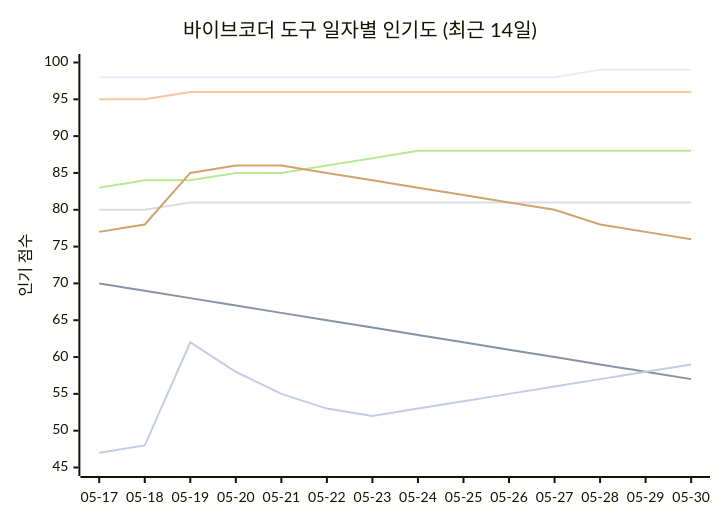
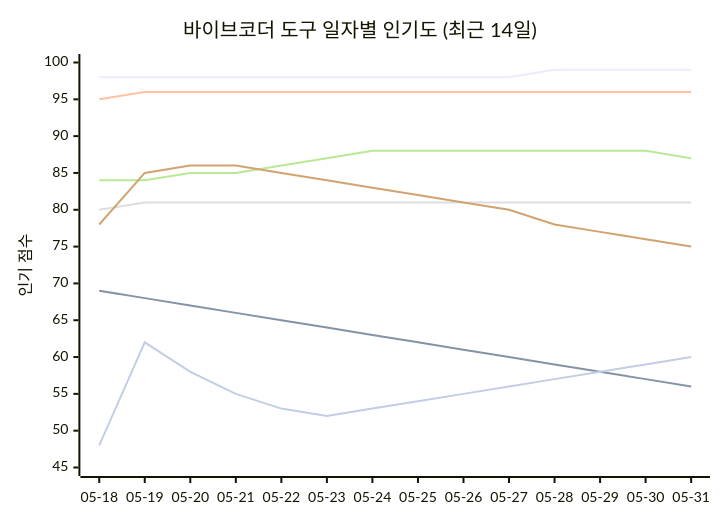
The seventh of 11 diagrams in README_ko.md (tykimos/ai-whatchelin), drawn with Mermaid before and after one commit. The commit also changed other lines of this file and 4 other files, not shown here.

````diff
--- a/README_ko.md
+++ b/README_ko.md
@@ -1182,13 +1196,13 @@
 ```mermaid
 xychart-beta
     title "바이브코더 도구 일자별 인기도 (최근 14일)"
-    x-axis ["05-17", "05-18", "05-19", "05-20", "05-21", "05-22", "05-23", "05-24", "05-25", "05-26", "05-27", "05-28", "05-29", "05-30"]
+    x-axis ["05-18", "05-19", "05-20", "05-21", "05-22", "05-23", "05-24", "05-25", "05-26", "05-27", "05-28", "05-29", "05-30", "05-31"]
     y-axis "인기 점수" 45 --> 100
-    line "Claude Code" [98, 98, 98, 98, 98, 98, 98, 98, 98, 98, 98, 99, 99, 99]
-    line "GH Copilot" [70, 69, 68, 67, 66, 65, 64, 63, 62, 61, 60, 59, 58, 57]
-    line "Cursor" [95, 95, 96, 96, 96, 96, 96, 96, 96, 96, 96, 96, 96, 96]
-    line "Windsurf" [80, 80, 81, 81, 81, 81, 81, 81, 81, 81, 81, 81, 81, 81]
-    line "Codex CLI" [83, 84, 84, 85, 85, 86, 87, 88, 88, 88, 88, 88, 88, 88]
-    line "Gemini CLI" [77, 78, 85, 86, 86, 85, 84, 83, 82, 81, 80, 78, 77, 76]
-    line "Antigravity" [47, 48, 62, 58, 55, 53, 52, 53, 54, 55, 56, 57, 58, 59]
+    line "Claude Code" [98, 98, 98, 98, 98, 98, 98, 98, 98, 98, 99, 99, 99, 99]
+    line "GH Copilot" [69, 68, 67, 66, 65, 64, 63, 62, 61, 60, 59, 58, 57, 56]
+    line "Cursor" [95, 96, 96, 96, 96, 96, 96, 96, 96, 96, 96, 96, 96, 96]
+    line "Windsurf" [80, 81, 81, 81, 81, 81, 81, 81, 81, 81, 81, 81, 81, 81]
+    line "Codex CLI" [84, 84, 85, 85, 86, 87, 88, 88, 88, 88, 88, 88, 88, 87]
+    line "Gemini CLI" [78, 85, 86, 86, 85, 84, 83, 82, 81, 80, 78, 77, 76, 75]
+    line "Antigravity" [48, 62, 58, 55, 53, 52, 53, 54, 55, 56, 57, 58, 59, 60]
 ```
````
